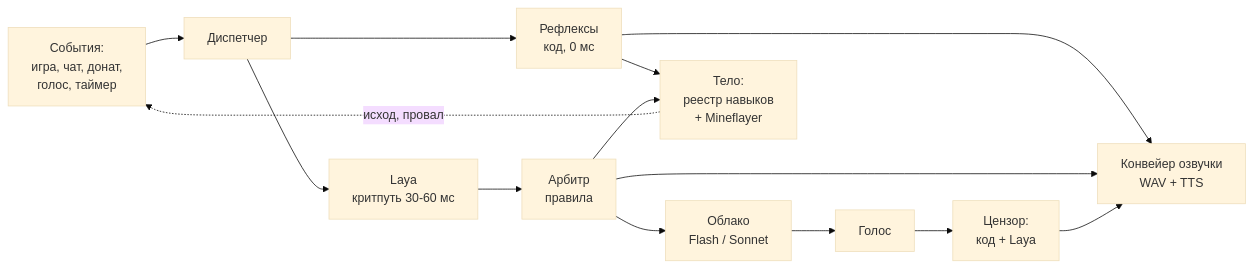
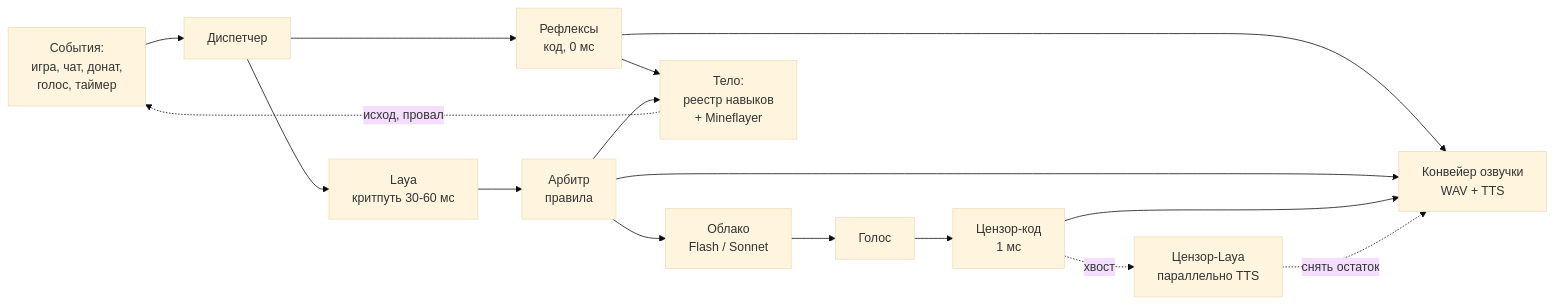
Before and after one commit to AvocadoDuesVult/Project_MansClothes: the first of 2 diagrams in docs/tz-v2.md, drawn with Mermaid (base theme). The commit also changed other lines of this file, not shown here.

First line of the commit message:
docs: сплошная вычитка ТЗ — Цензор, стоп-лист, бюджет, ссылки

````diff
--- a/docs/tz-v2.md
+++ b/docs/tz-v2.md
@@ -38,16 +38,18 @@
 ```mermaid
 flowchart LR
   E[События:<br/>игра, чат, донат,<br/>голос, таймер] --> D[Диспетчер]
   D --> R[Рефлексы<br/>код, 0 мс]
   D --> L[Laya<br/>критпуть 30-60 мс]
   L --> A[Арбитр<br/>правила]
   A --> C[Облако<br/>Flash / Sonnet]
   R --> B[Тело:<br/>реестр навыков<br/>+ Mineflayer]
   A --> B
   B -.исход, провал.-> E
   R --> V[Конвейер озвучки<br/>WAV + TTS]
   A --> V
   C --> G[Голос]
-  G --> Z[Цензор:<br/>код + Laya]
+  G --> Z[Цензор-код<br/>1 мс]
   Z --> V
+  Z -.хвост.-> ZL[Цензор-Laya<br/>параллельно TTS]
+  ZL -.снять остаток.-> V
 ```
````
